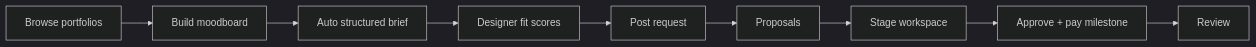
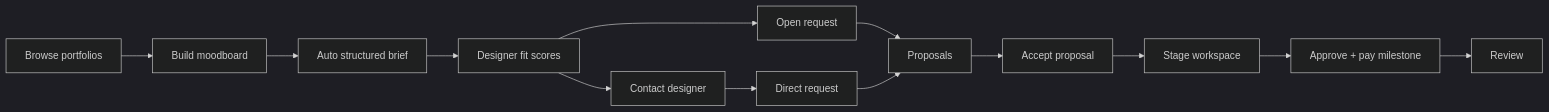
One commit to MNSBaanu/Inside changed the first of 6 diagrams in docs/SYSTEM-OVERVIEW.md. Above: the diagram before and after it, drawn with Mermaid (dark theme). The commit also changed other lines of this file and 5 other files, not shown here.

First line of the commit message:
docs(proposal): Enhance hiring flow details and clarify platform features

````diff
--- a/docs/SYSTEM-OVERVIEW.md
+++ b/docs/SYSTEM-OVERVIEW.md
@@ -62,11 +63,15 @@
 ```mermaid
 flowchart LR
     Browse[Browse portfolios] --> Mood[Build moodboard]
     Mood --> Brief[Auto structured brief]
     Brief --> Fit[Designer fit scores]
-    Fit --> Request[Post request]
-    Request --> Proposals[Proposals]
-    Proposals --> Workspace[Stage workspace]
+    Fit --> OpenReq[Open request]
+    Fit --> Contact[Contact designer]
+    Contact --> DirectReq[Direct request]
+    OpenReq --> Proposals[Proposals]
+    DirectReq --> Proposals
+    Proposals --> Accept[Accept proposal]
+    Accept --> Workspace[Stage workspace]
     Workspace --> Ledger[Approve + pay milestone]
     Ledger --> Review[Review]
 ```
````
